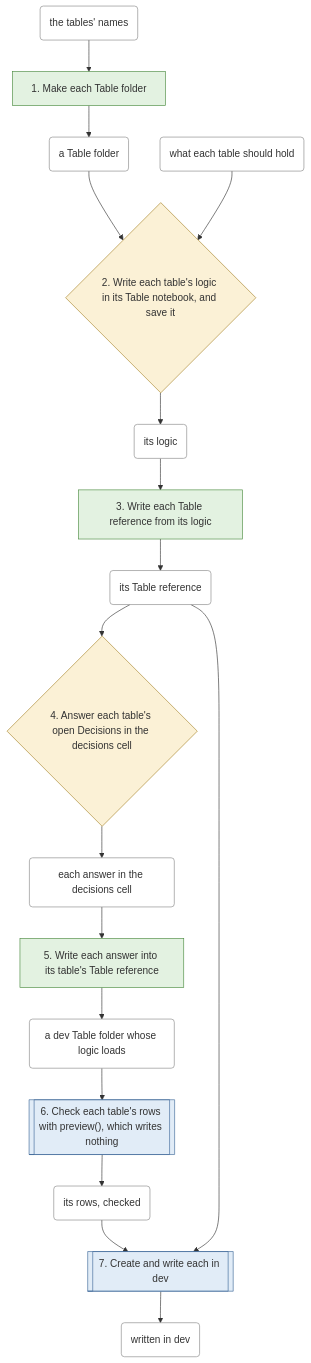
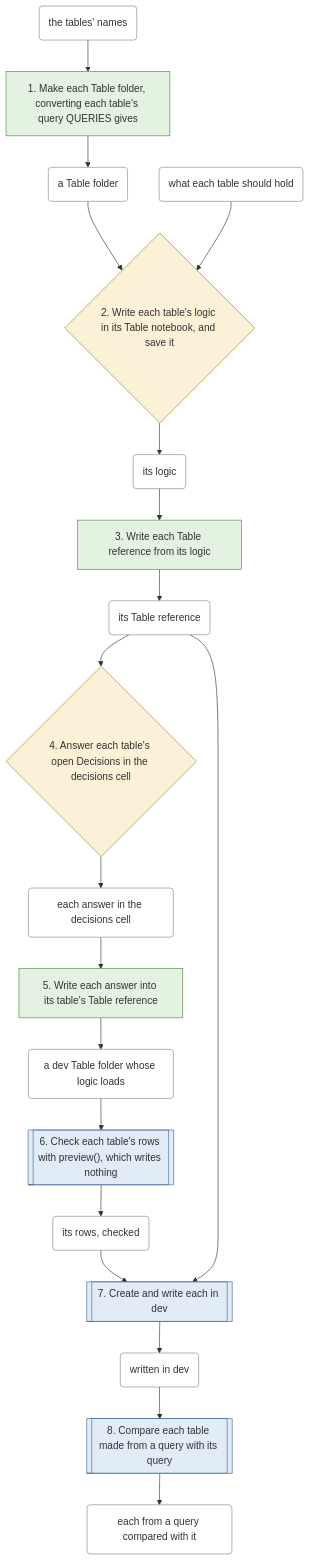
One commit to EdgyPage/SQL-Composer changed the fourth of 8 diagrams in docs/clean-branch-readme.md. Above: the diagram before and after it, drawn with Mermaid. The commit also changed other lines of this file and 35 other files, not shown here.

````diff
--- a/docs/clean-branch-readme.md
+++ b/docs/clean-branch-readme.md
@@ -569,39 +569,43 @@
 ```mermaid
 flowchart TD
-    s0["1. Make each Table folder"]:::files_only
+    s0["1. Make each Table folder, converting each table's query QUERIES gives"]:::files_only
     s1{"2. Write each table's logic in its Table notebook, and save it"}:::your_decision
     s2["3. Write each Table reference from its logic"]:::files_only
     s3{"4. Answer each table's open Decisions in the decisions cell"}:::your_decision
     s4["5. Write each answer into its table's Table reference"]:::files_only
     s5[["6. Check each table's rows with preview(), which writes nothing"]]:::warehouse_call
     s6[["7. Create and write each in dev"]]:::warehouse_call
+    s7[["8. Compare each table made from a query with its query"]]:::warehouse_call
     t0("the tables' names"):::thing
     t1("a Table folder"):::thing
     t2("what each table should hold"):::thing
     t3("its logic"):::thing
     t4("its Table reference"):::thing
     t5("each answer in the decisions cell"):::thing
     t6("a dev Table folder whose logic loads"):::thing
     t7("its rows, checked"):::thing
     t8("written in dev"):::thing
+    t9("each from a query compared with it"):::thing
     t0 --> s0
     s0 --> t1
     t1 --> s1
     t2 --> s1
     s1 --> t3
     t3 --> s2
     s2 --> t4
     t4 --> s3
     s3 --> t5
     t5 --> s4
     s4 --> t6
     t6 --> s5
     s5 --> t7
     t7 --> s6
     t4 --> s6
     s6 --> t8
+    t8 --> s7
+    s7 --> t9
     classDef files_only fill:#e3f2e1,stroke:#4a8a3f
     classDef warehouse_call fill:#e1ecf7,stroke:#3f6a9a
     classDef your_decision fill:#fbf1d6,stroke:#a8842a
     classDef thing fill:#ffffff,stroke:#888888
 ```
````
